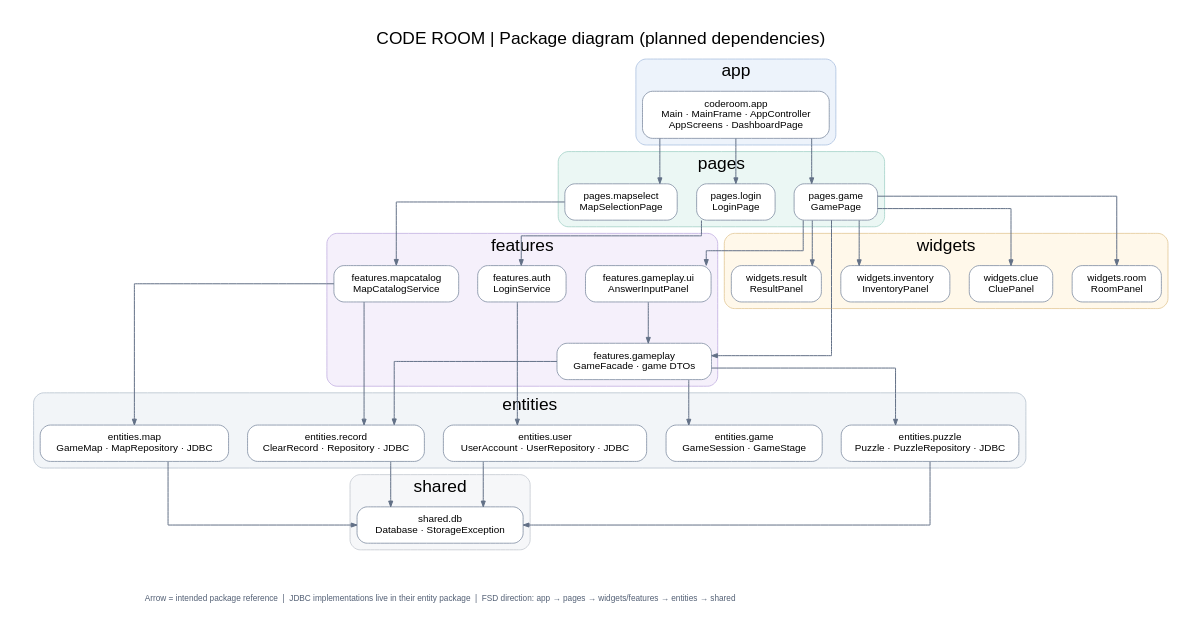
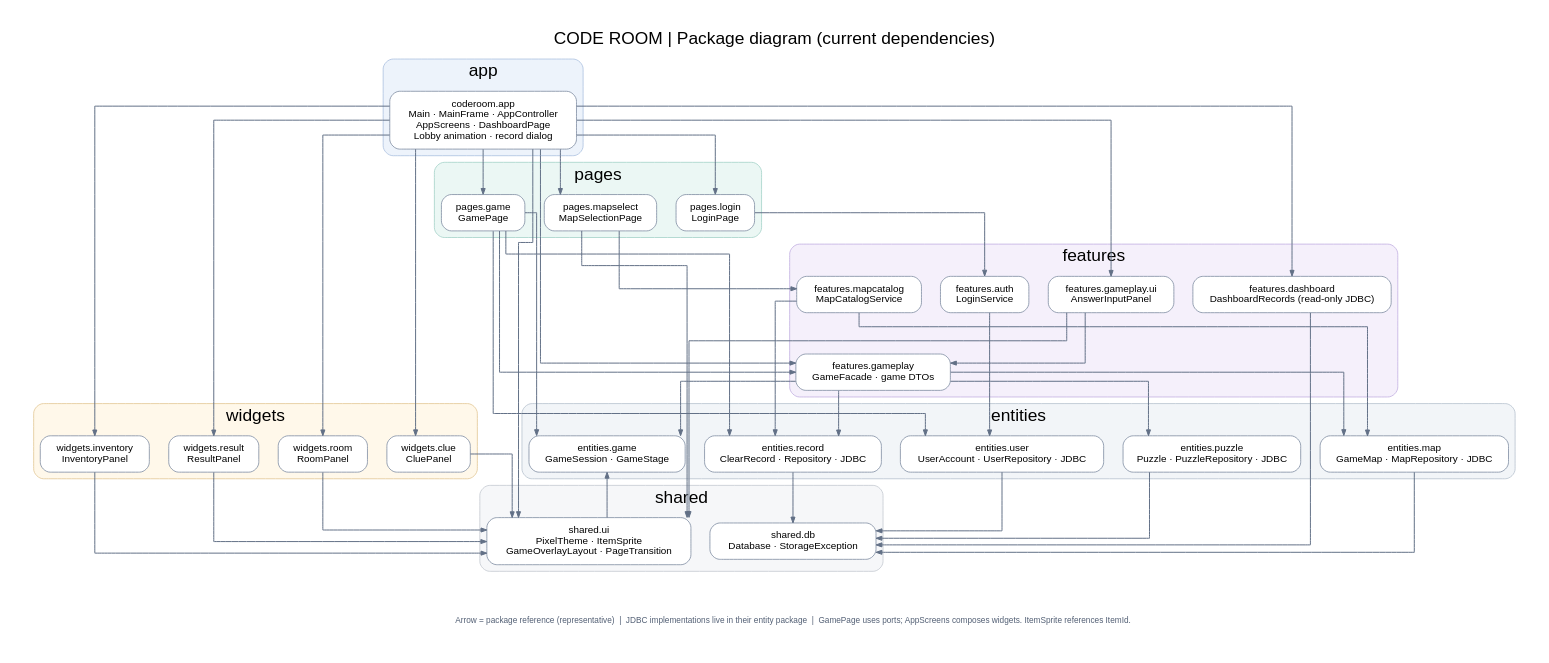
Before and after one commit to hhannn001/JavaOOP_repository: the diagram in Document/diagrams/05_package.dot, drawn with Graphviz. The commit also changed 34 other files, not shown here.

First line of the commit message:
docs: 현재 구현 기준으로 프로젝트 문서와 다이어그램 재정비

```diff
--- a/Document/diagrams/05_package.dot
+++ b/Document/diagrams/05_package.dot
@@ -1,55 +1,61 @@
 digraph PackageDiagram {
-  graph [rankdir=TB, bgcolor="white", pad=0.35, nodesep=0.32, ranksep=0.7, splines=ortho, fontname="Helvetica", fontsize=21, labelloc=t, label="CODE ROOM | Package diagram (planned dependencies)\n"];
+  graph [rankdir=TB, bgcolor="white", pad=0.35, nodesep=0.32, ranksep=0.7, splines=ortho, fontname="Helvetica", fontsize=21, labelloc=t, label="CODE ROOM | Package diagram (current dependencies)\n"];
   node [shape=box, style="rounded,filled", color="#8290a5", fillcolor="white", fontname="Helvetica", fontsize=12, margin="0.18,0.12"];
   edge [color="#627086", arrowsize=0.7, penwidth=1.2];
 
   subgraph cluster_app {
     label="app"; color="#aec3e1"; style="rounded,filled"; fillcolor="#edf3fb";
-    app [label="coderoom.app\nMain · MainFrame · AppController\nAppScreens · DashboardPage"];
+    app [label="coderoom.app\nMain · MainFrame · AppController\nAppScreens · DashboardPage\nLobby animation · record dialog"];
   }
   subgraph cluster_pages {
     label="pages"; color="#a7d4ca"; style="rounded,filled"; fillcolor="#ebf7f4";
     login [label="pages.login\nLoginPage"];
     mapselect [label="pages.mapselect\nMapSelectionPage"];
     gamepage [label="pages.game\nGamePage"];
   }
   subgraph cluster_widgets {
     label="widgets"; color="#e3c998"; style="rounded,filled"; fillcolor="#fff8ea";
     room [label="widgets.room\nRoomPanel"];
     clue [label="widgets.clue\nCluePanel"];
     inventory [label="widgets.inventory\nInventoryPanel"];
     result [label="widgets.result\nResultPanel"];
   }
   subgraph cluster_features {
     label="features"; color="#c4b2e2"; style="rounded,filled"; fillcolor="#f5f0fb";
+    dashboard [label="features.dashboard\nDashboardRecords (read-only JDBC)"];
     auth [label="features.auth\nLoginService"];
     catalog [label="features.mapcatalog\nMapCatalogService"];
     gameplay [label="features.gameplay\nGameFacade · game DTOs"];
     answerui [label="features.gameplay.ui\nAnswerInputPanel"];
   }
   subgraph cluster_entities {
     label="entities"; color="#b9c4d0"; style="rounded,filled"; fillcolor="#f2f5f8";
     user [label="entities.user\nUserAccount · UserRepository · JDBC"];
     map [label="entities.map\nGameMap · MapRepository · JDBC"];
     puzzle [label="entities.puzzle\nPuzzle · PuzzleRepository · JDBC"];
     session [label="entities.game\nGameSession · GameStage"];
     record [label="entities.record\nClearRecord · Repository · JDBC"];
   }
   subgraph cluster_shared {
     label="shared"; color="#c6cbd3"; style="rounded,filled"; fillcolor="#f6f7f9";
+    ui [label="shared.ui\nPixelTheme · ItemSprite\nGameOverlayLayout · PageTransition"];
     db [label="shared.db\nDatabase · StorageException"];
   }
 
   app -> {login mapselect gamepage};
   login -> auth;
   mapselect -> catalog;
-  gamepage -> {room clue inventory result answerui gameplay};
+  app -> {room clue inventory result answerui gameplay dashboard ui};
+  gamepage -> {gameplay session record user};
+  dashboard -> db;
+  {room clue inventory result answerui mapselect} -> ui;
+  ui -> session;
   auth -> user;
   catalog -> {map record};
-  gameplay -> {session puzzle record};
+  gameplay -> {map session puzzle record};
   answerui -> gameplay;
   {user map puzzle record} -> db;
 
-  legend [shape=plaintext, label="Arrow = intended package reference  |  JDBC implementations live in their entity package  |  FSD direction: app → pages → widgets/features → entities → shared", fontsize=10, fontcolor="#536075"];
+  legend [shape=plaintext, label="Arrow = package reference (representative)  |  JDBC implementations live in their entity package  |  GamePage uses ports; AppScreens composes widgets. ItemSprite references ItemId.", fontsize=10, fontcolor="#536075"];
   db -> legend [style=invis];
 }
```
